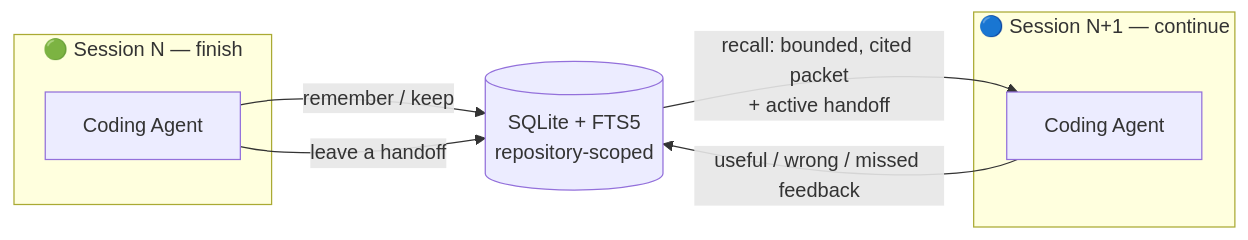
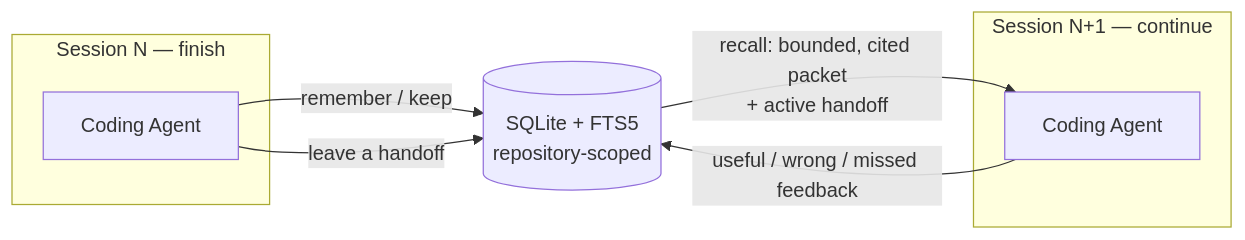
The first of 4 diagrams in README.md (sanjayrohith/Dejavu), drawn with Mermaid before and after one commit. The commit also changed other lines of this file and 4 other files, not shown here.

````diff
--- a/README.md
+++ b/README.md
@@ -92,16 +100,16 @@
 ```mermaid
 flowchart LR
-    subgraph SN["🟢 Session N — finish"]
+    subgraph SN["Session N — finish"]
         A1["Coding Agent"]
     end
-    subgraph SN1["🔵 Session N+1 — continue"]
+    subgraph SN1["Session N+1 — continue"]
         A2["Coding Agent"]
     end
 
     DB[("SQLite + FTS5<br/>repository-scoped")]
 
     A1 -->|"remember / keep"| DB
     A1 -->|"leave a handoff"| DB
     DB -->|"recall: bounded, cited packet<br/>+ active handoff"| A2
     A2 -->|"useful / wrong / missed feedback"| DB
 ```
````
